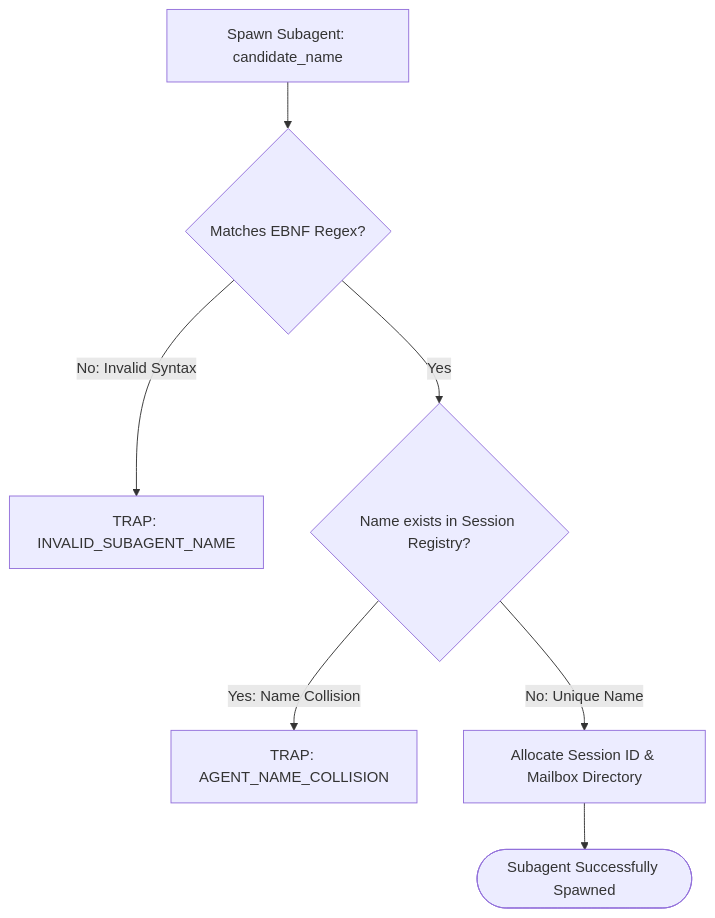
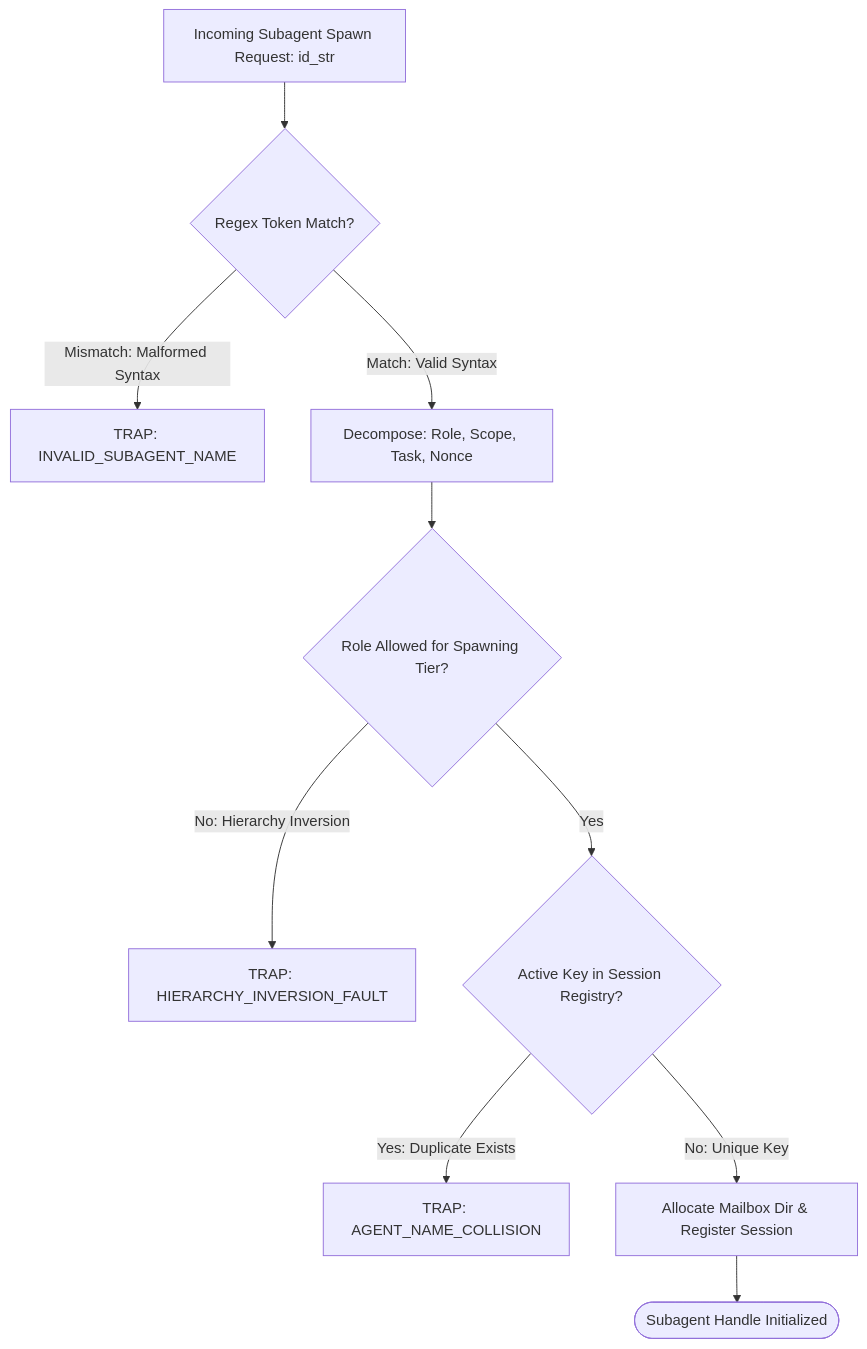
The first of 2 diagrams in docs/olt/architecture/02-four-tier-hierarchy/02-02-subagent-naming-grammar.md (onurseckin/skills), drawn with Mermaid before and after one commit. The commit also changed other lines of this file and 163 other files, not shown here.

````diff
--- a/docs/olt/architecture/02-four-tier-hierarchy/02-02-subagent-naming-grammar.md
+++ b/docs/olt/architecture/02-four-tier-hierarchy/02-02-subagent-naming-grammar.md
@@ -62,9 +92,12 @@
 ```mermaid
 flowchart TD
-    SpawnRequest[Spawn Subagent: candidate_name] --> RegexCheck{Matches EBNF Regex?}
-    RegexCheck -->|No: Invalid Syntax| RejectSyntax[TRAP: INVALID_SUBAGENT_NAME]
-    RegexCheck -->|Yes| RegistryCheck{Name exists in Session Registry?}
-    RegistryCheck -->|Yes: Name Collision| RejectCollision[TRAP: AGENT_NAME_COLLISION]
-    RegistryCheck -->|No: Unique Name| AllocateSession[Allocate Session ID & Mailbox Directory]
-    AllocateSession --> SpawningReady([Subagent Successfully Spawned])
+    SpawnReq[Incoming Subagent Spawn Request: id_str] --> ParseToken{Regex Token Match?}
+    ParseToken -->|Mismatch: Malformed Syntax| TrapSyntax[TRAP: INVALID_SUBAGENT_NAME]
+    ParseToken -->|Match: Valid Syntax| ExtractParts[Decompose: Role, Scope, Task, Nonce]
+    ExtractParts --> RoleAuthCheck{Role Allowed for Spawning Tier?}
+    RoleAuthCheck -->|No: Hierarchy Inversion| TrapAuth[TRAP: HIERARCHY_INVERSION_FAULT]
+    RoleAuthCheck -->|Yes| CheckActiveRegistry{Active Key in Session Registry?}
+    CheckActiveRegistry -->|Yes: Duplicate Exists| TrapCollision[TRAP: AGENT_NAME_COLLISION]
+    CheckActiveRegistry -->|No: Unique Key| ProvisionMailbox[Allocate Mailbox Dir & Register Session]
+    ProvisionMailbox --> ReturnHandle([Subagent Handle Initialized])
 ```
````
